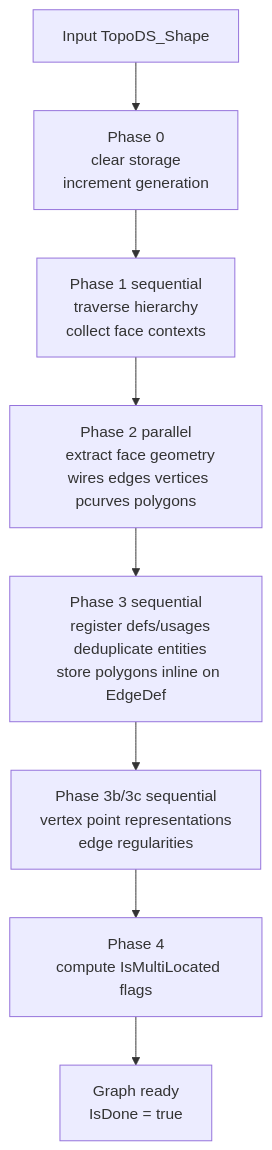
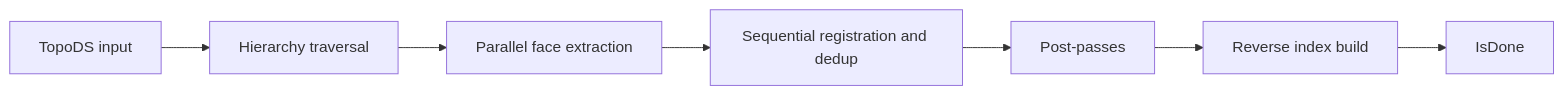
The second of 3 diagrams in src/ModelingData/TKBRep/BRepGraph/README.md (Open-Cascade-SAS/OCCT), drawn with Mermaid before and after one commit. The commit also changed other lines of this file and 3 other files, not shown here.

Commit message:
refactor(BRepGraphInc): add architecture and README documentation for backend clarity and structure

````diff
--- a/src/ModelingData/TKBRep/BRepGraph/README.md
+++ b/src/ModelingData/TKBRep/BRepGraph/README.md
@@ -153,26 +65,9 @@
 ```mermaid
-flowchart TB
-  S[Input TopoDS_Shape]
-  P0[Phase 0
-  clear storage
-  increment generation]
-  P1[Phase 1 sequential
-  traverse hierarchy
-  collect face contexts]
-  P2[Phase 2 parallel
-  extract face geometry
-  wires edges vertices pcurves polygons]
-  P3[Phase 3 sequential
-  register defs/usages
-  deduplicate entities
-  store polygons inline on EdgeDef]
-  P3b[Phase 3b/3c sequential
-  vertex point representations
-  edge regularities]
-  P4[Phase 4
-  compute IsMultiLocated flags]
-  O[Graph ready
-  IsDone = true]
-
-  S --> P0 --> P1 --> P2 --> P3 --> P3b --> P4 --> O
+flowchart LR
+  I[TopoDS input] --> P1[Hierarchy traversal]
+  P1 --> P2[Parallel face extraction]
+  P2 --> P3[Sequential registration and dedup]
+  P3 --> P4[Post-passes]
+  P4 --> P5[Reverse index build]
+  P5 --> D[IsDone]
 ```
````
